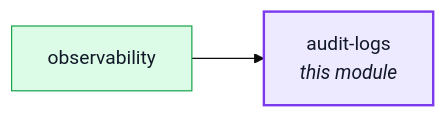
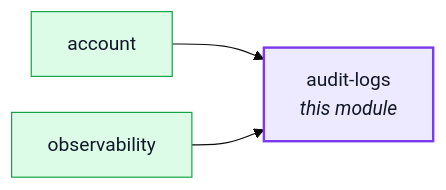
Before and after one commit to Guebbit/boilerplate-node-backend: the first of 2 diagrams in docs/modules/audit-logs.md, drawn with Mermaid (base theme). The commit also changed 69 other files, not shown here.

````diff
--- a/docs/modules/audit-logs.md
+++ b/docs/modules/audit-logs.md
@@ -16,15 +16,17 @@
 ```mermaid
 %%{init: {'flowchart': {'nodeSpacing': 30, 'rankSpacing': 60}}}%%
 flowchart LR
     audit_logs["audit-logs<br/><i>this module</i>"]
+    account["account"]
     observability["observability"]
 
+    account --> audit_logs
     observability --> audit_logs
 
     classDef core fill:#dbeafe,stroke:#2563eb,color:#111827;
     classDef supporting fill:#fef3c7,stroke:#d97706,color:#111827;
     classDef generic fill:#dcfce7,stroke:#16a34a,color:#111827;
     classDef centre fill:#ede9fe,stroke:#7c3aed,stroke-width:2px,color:#111827;
-    class observability generic;
+    class account,observability generic;
     class audit_logs centre;
 ```
````
